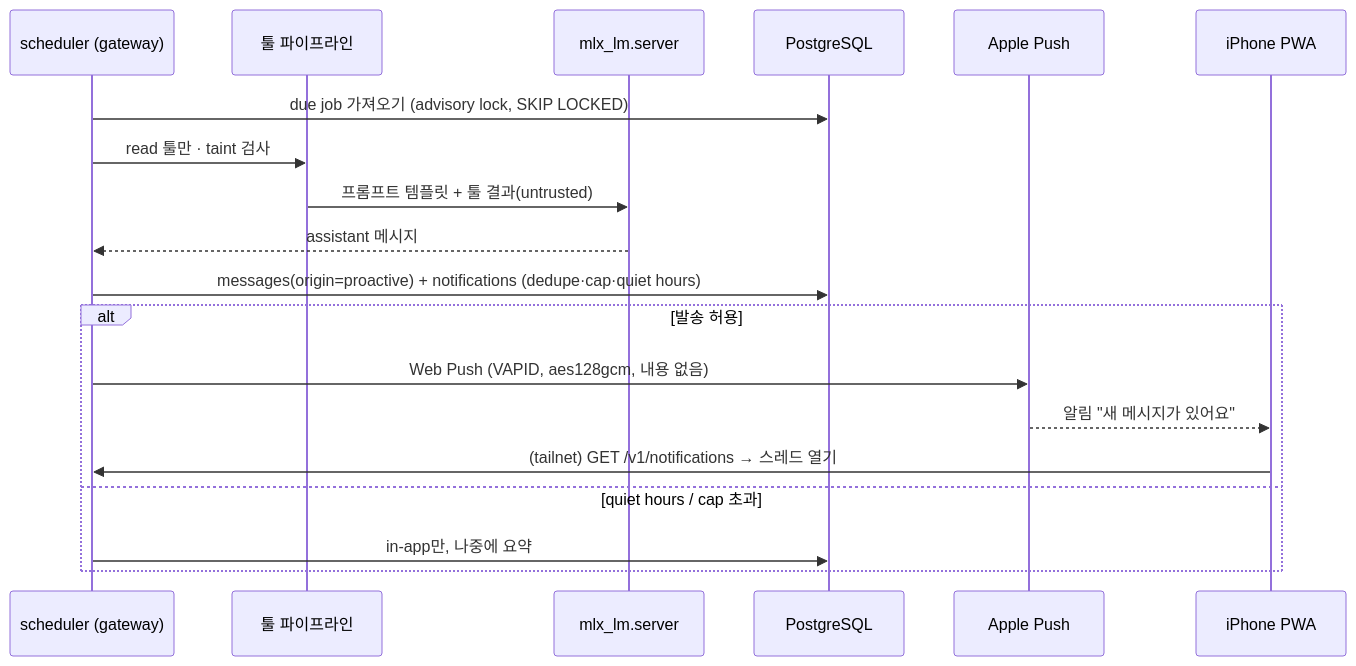
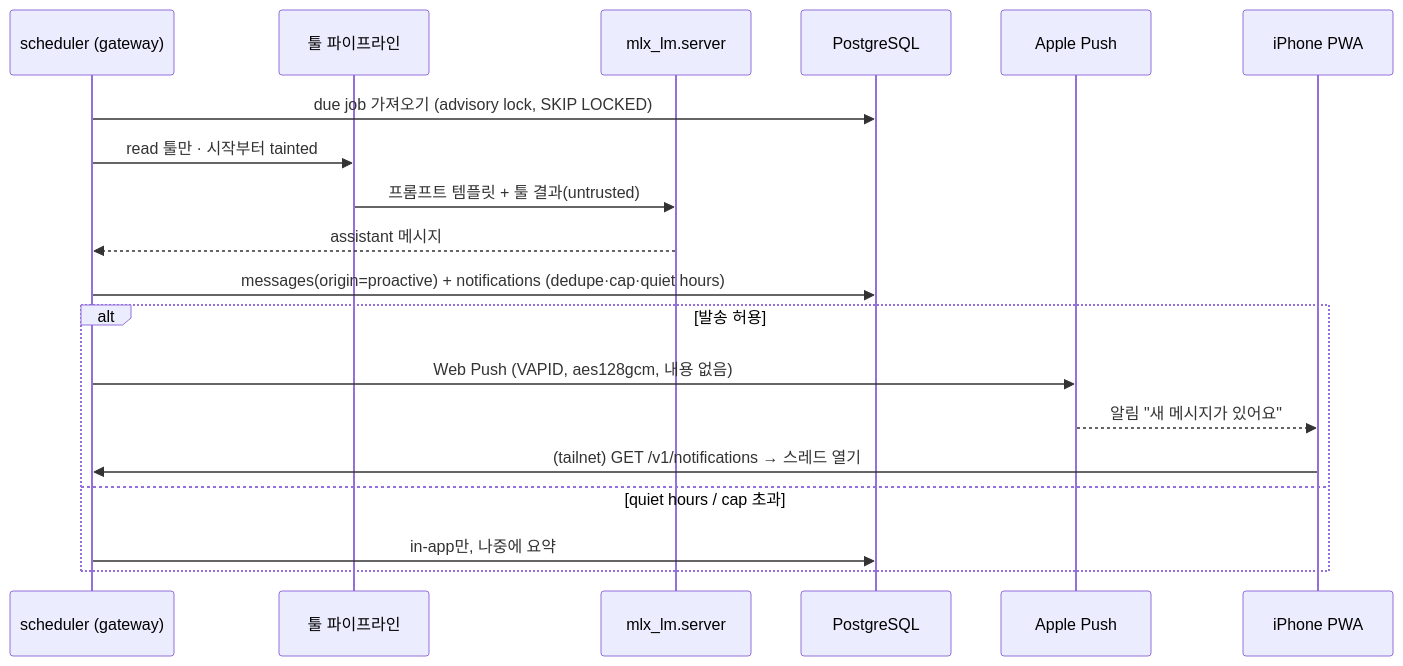
One commit to gun025bba/eve-serving changed the diagram in docs/architecture/proactive-messaging.md. Above: the diagram before and after it, drawn with Mermaid. The commit also changed other lines of this file and 2 other files, not shown here.

````diff
--- a/docs/architecture/proactive-messaging.md
+++ b/docs/architecture/proactive-messaging.md
@@ -180,21 +210,21 @@
 ```mermaid
 sequenceDiagram
   participant S as scheduler (gateway)
   participant P as 툴 파이프라인
   participant M as mlx_lm.server
   participant D as PostgreSQL
   participant A as Apple Push
   participant I as iPhone PWA
   S->>D: due job 가져오기 (advisory lock, SKIP LOCKED)
-  S->>P: read 툴만 · taint 검사
+  S->>P: read 툴만 · 시작부터 tainted
   P->>M: 프롬프트 템플릿 + 툴 결과(untrusted)
   M-->>S: assistant 메시지
   S->>D: messages(origin=proactive) + notifications (dedupe·cap·quiet hours)
   alt 발송 허용
     S->>A: Web Push (VAPID, aes128gcm, 내용 없음)
     A-->>I: 알림 "새 메시지가 있어요"
     I->>S: (tailnet) GET /v1/notifications → 스레드 열기
   else quiet hours / cap 초과
     S->>D: in-app만, 나중에 요약
   end
 ```
````
